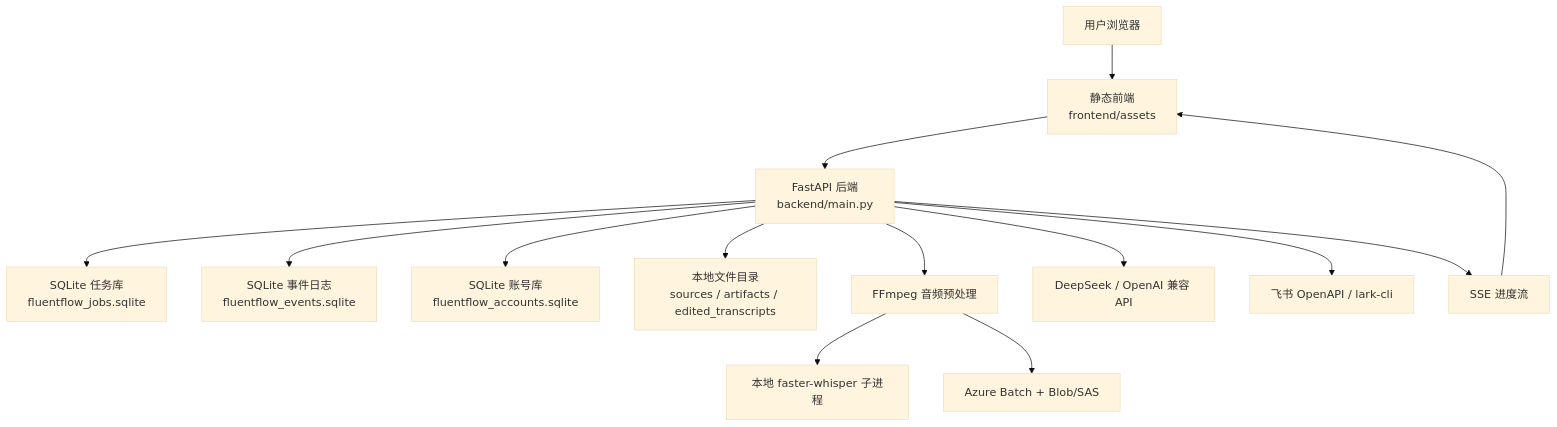
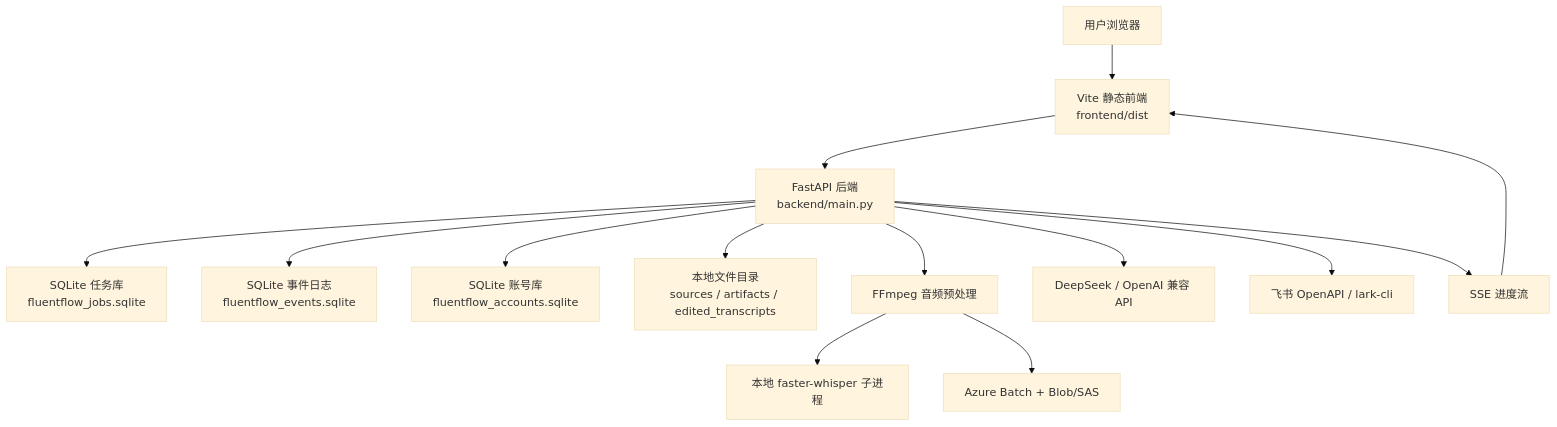
The first of 3 diagrams in docs/architecture.md (Userneima/fluentflow), drawn with Mermaid (base theme) before and after one commit. The commit also changed other lines of this file and 28 other files, not shown here.

````diff
--- a/docs/architecture.md
+++ b/docs/architecture.md
@@ -12,16 +12,16 @@
 ```mermaid
 flowchart TB
-  User["用户浏览器"] --> Frontend["静态前端<br/>frontend/assets"]
+  User["用户浏览器"] --> Frontend["Vite 静态前端<br/>frontend/dist"]
   Frontend --> API["FastAPI 后端<br/>backend/main.py"]
   API --> Jobs["SQLite 任务库<br/>fluentflow_jobs.sqlite"]
   API --> Events["SQLite 事件日志<br/>fluentflow_events.sqlite"]
   API --> Accounts["SQLite 账号库<br/>fluentflow_accounts.sqlite"]
   API --> Files["本地文件目录<br/>sources / artifacts / edited_transcripts"]
   API --> FFmpeg["FFmpeg 音频预处理"]
   FFmpeg --> LocalSTT["本地 faster-whisper 子进程"]
   FFmpeg --> Azure["Azure Batch + Blob/SAS"]
   API --> LLM["DeepSeek / OpenAI 兼容 API"]
   API --> Lark["飞书 OpenAPI / lark-cli"]
   API --> SSE["SSE 进度流"]
   SSE --> Frontend
 ```
````
